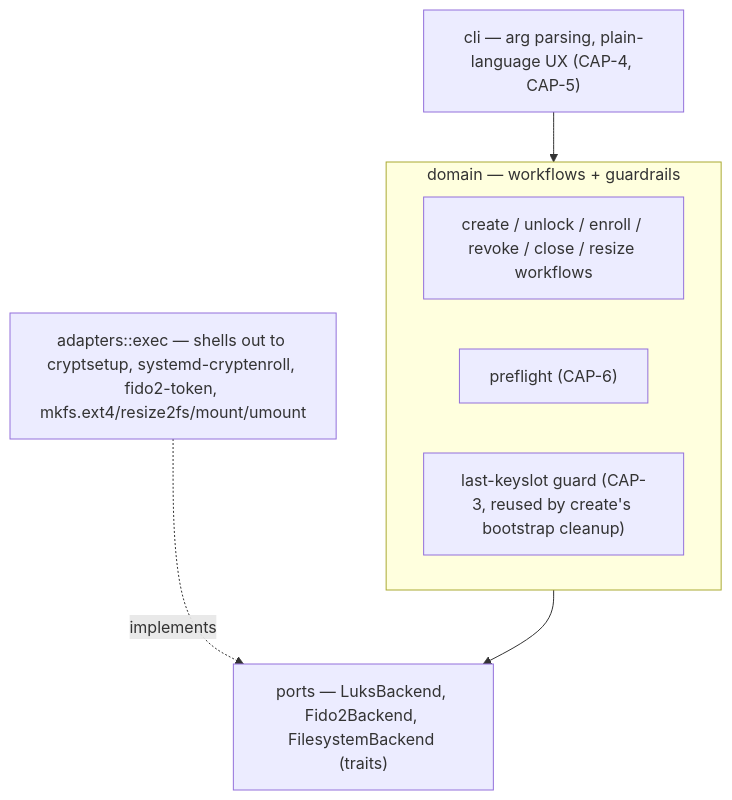
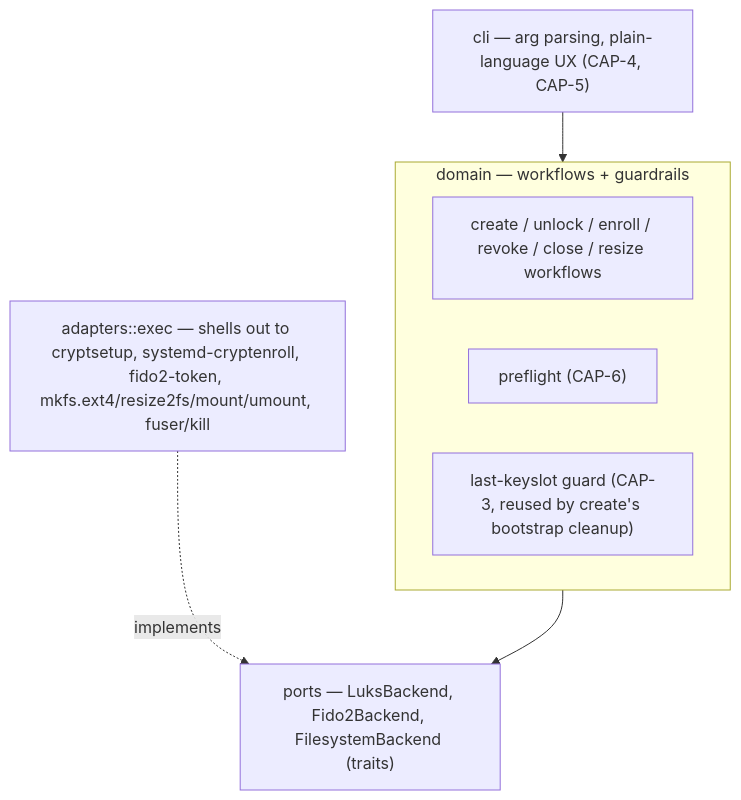
One commit to LeReverandNox/hypogaol changed the first of 2 diagrams in _bmad-output/planning-artifacts/architecture/architecture-tomb-fido2-2026-07-22/ARCHITECTURE-SPINE.md. Above: the diagram before and after it, drawn with Mermaid. The commit also changed other lines of this file and 9 other files, not shown here.

First line of the commit message:
arch(4): extend architecture spine for Epic 4 (CAP-12..17)

````diff
--- a/_bmad-output/planning-artifacts/architecture/architecture-tomb-fido2-2026-07-22/ARCHITECTURE-SPINE.md
+++ b/_bmad-output/planning-artifacts/architecture/architecture-tomb-fido2-2026-07-22/ARCHITECTURE-SPINE.md
@@ -24,11 +24,11 @@
 ```mermaid
 flowchart TD
     CLI["cli — arg parsing, plain-language UX (CAP-4, CAP-5)"] --> DOMAIN
     subgraph DOMAIN["domain — workflows + guardrails"]
         WF["create / unlock / enroll / revoke / close / resize workflows"]
         PF["preflight (CAP-6)"]
         GD["last-keyslot guard (CAP-3, reused by create's bootstrap cleanup)"]
     end
     DOMAIN --> PORTS["ports — LuksBackend, Fido2Backend, FilesystemBackend (traits)"]
-    ADAPTERS["adapters::exec — shells out to cryptsetup, systemd-cryptenroll, fido2-token, mkfs.ext4/resize2fs/mount/umount"] -.implements.-> PORTS
+    ADAPTERS["adapters::exec — shells out to cryptsetup, systemd-cryptenroll, fido2-token, mkfs.ext4/resize2fs/mount/umount, fuser/kill"] -.implements.-> PORTS
 ```
````
